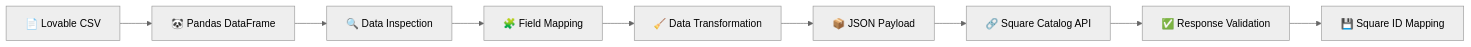
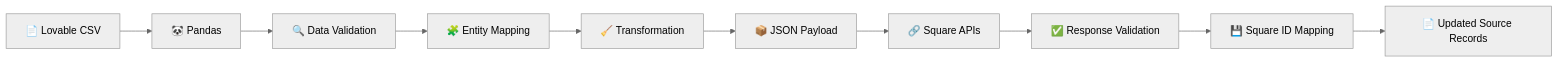
One commit to smmhk/chocolate-commerce-data-platform changed the first of 5 diagrams in docs/entity_mapping_en.md. Above: the diagram before and after it, drawn with Mermaid (neutral theme). The commit also changed other lines of this file, not shown here.

````diff
--- a/docs/entity_mapping_en.md
+++ b/docs/entity_mapping_en.md
@@ -24,11 +26,12 @@
 ```mermaid
 flowchart LR
-    A["📄 Lovable CSV"] --> B["🐼 Pandas DataFrame"]
-    B --> C["🔍 Data Inspection"]
-    C --> D["🧩 Field Mapping"]
-    D --> E["🧹 Data Transformation"]
+    A["📄 Lovable CSV"] --> B["🐼 Pandas"]
+    B --> C["🔍 Data Validation"]
+    C --> D["🧩 Entity Mapping"]
+    D --> E["🧹 Transformation"]
     E --> F["📦 JSON Payload"]
-    F --> G["🔗 Square Catalog API"]
+    F --> G["🔗 Square APIs"]
     G --> H["✅ Response Validation"]
     H --> I["💾 Square ID Mapping"]
+    I --> J["📄 Updated Source Records"]
 ```
````
